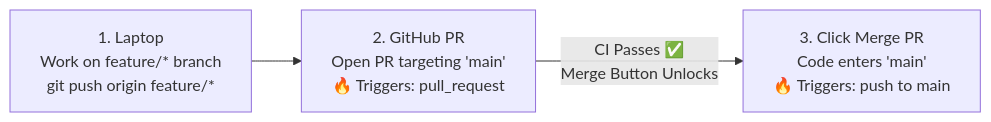
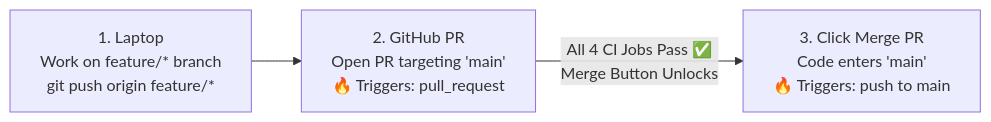
One commit to Leospe24/opsticket-practice changed the diagram in docs/github/01-ci-pipeline.md. Above: the diagram before and after it, drawn with Mermaid. The commit also changed other lines of this file and 1 other file, not shown here.

````diff
--- a/docs/github/01-ci-pipeline.md
+++ b/docs/github/01-ci-pipeline.md
@@ -23,5 +39,5 @@
 ```mermaid
 flowchart LR
     A["1. Laptop\nWork on feature/* branch\ngit push origin feature/*"] --> B["2. GitHub PR\nOpen PR targeting 'main'\n🔥 Triggers: pull_request"]
-    B -->|CI Passes ✅\nMerge Button Unlocks| C["3. Click Merge PR\nCode enters 'main'\n🔥 Triggers: push to main"]
+    B -->|All 4 CI Jobs Pass ✅\nMerge Button Unlocks| C["3. Click Merge PR\nCode enters 'main'\n🔥 Triggers: push to main"]
 ```
````
